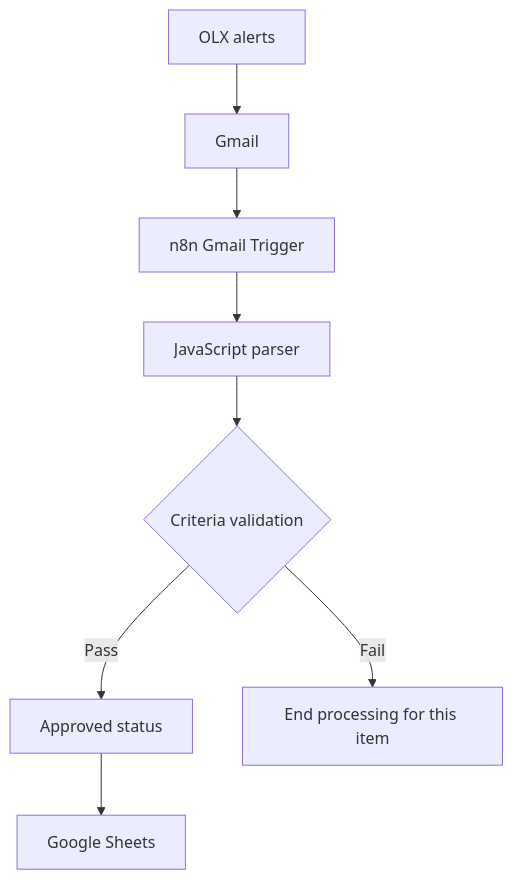
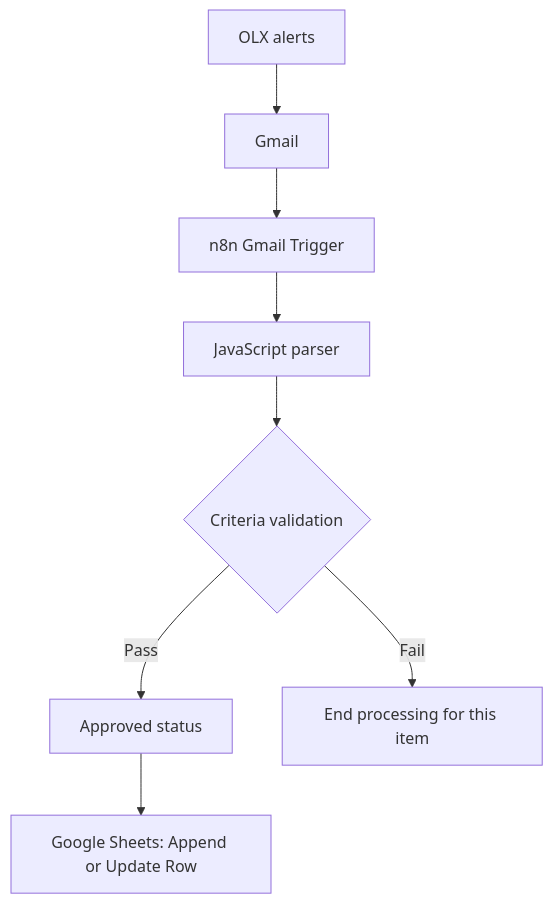
One commit to dcodesantana-eng/ai-rental-scout changed the diagram in README.md. Above: the diagram before and after it, drawn with Mermaid. The commit also changed other lines of this file, not shown here.

````diff
--- a/README.md
+++ b/README.md
@@ -33,10 +33,10 @@
 ```mermaid
 flowchart TD
     A[OLX alerts] --> B[Gmail]
     B --> C[n8n Gmail Trigger]
     C --> D[JavaScript parser]
     D --> E{Criteria validation}
     E -->|Pass| F[Approved status]
-    F --> G[Google Sheets]
+    F --> G[Google Sheets: Append or Update Row]
     E -->|Fail| H[End processing for this item]
 ```
````
